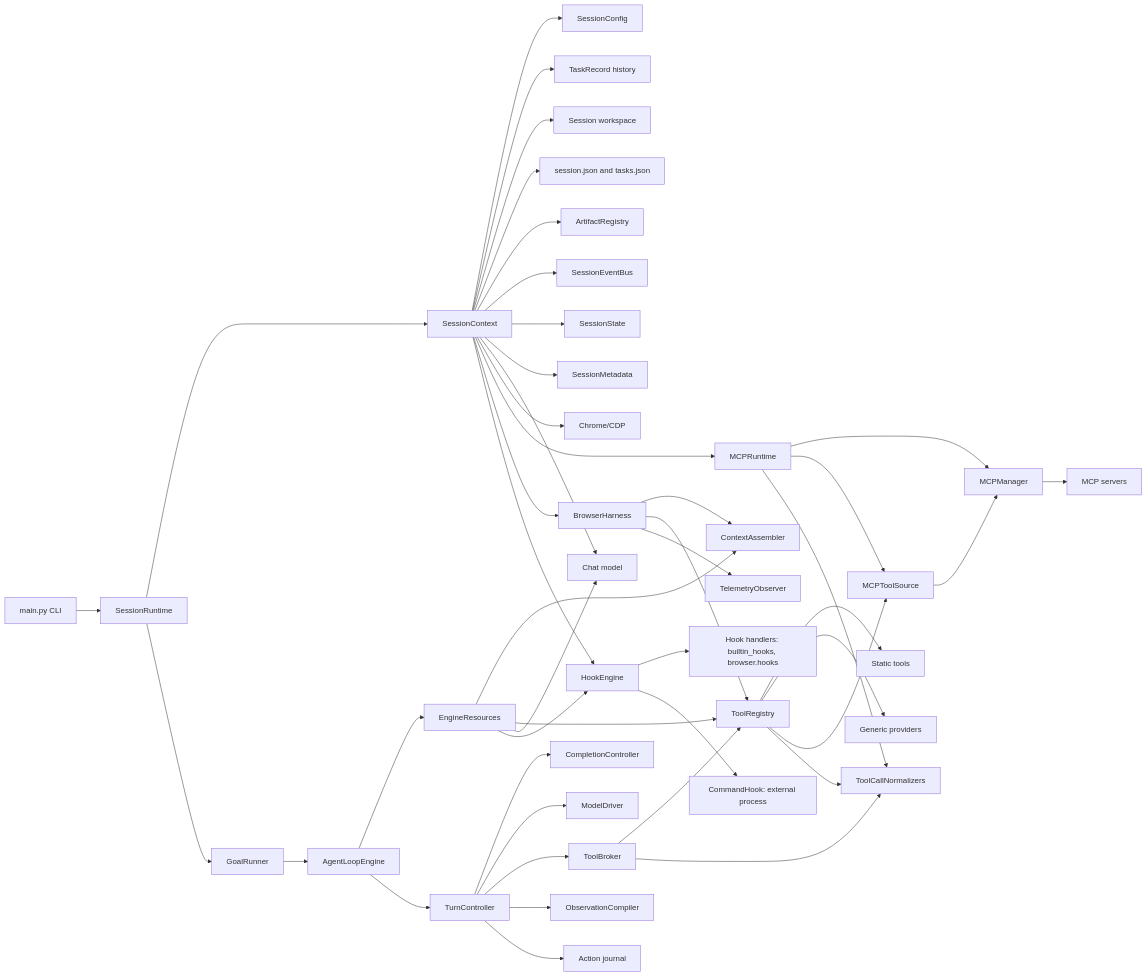
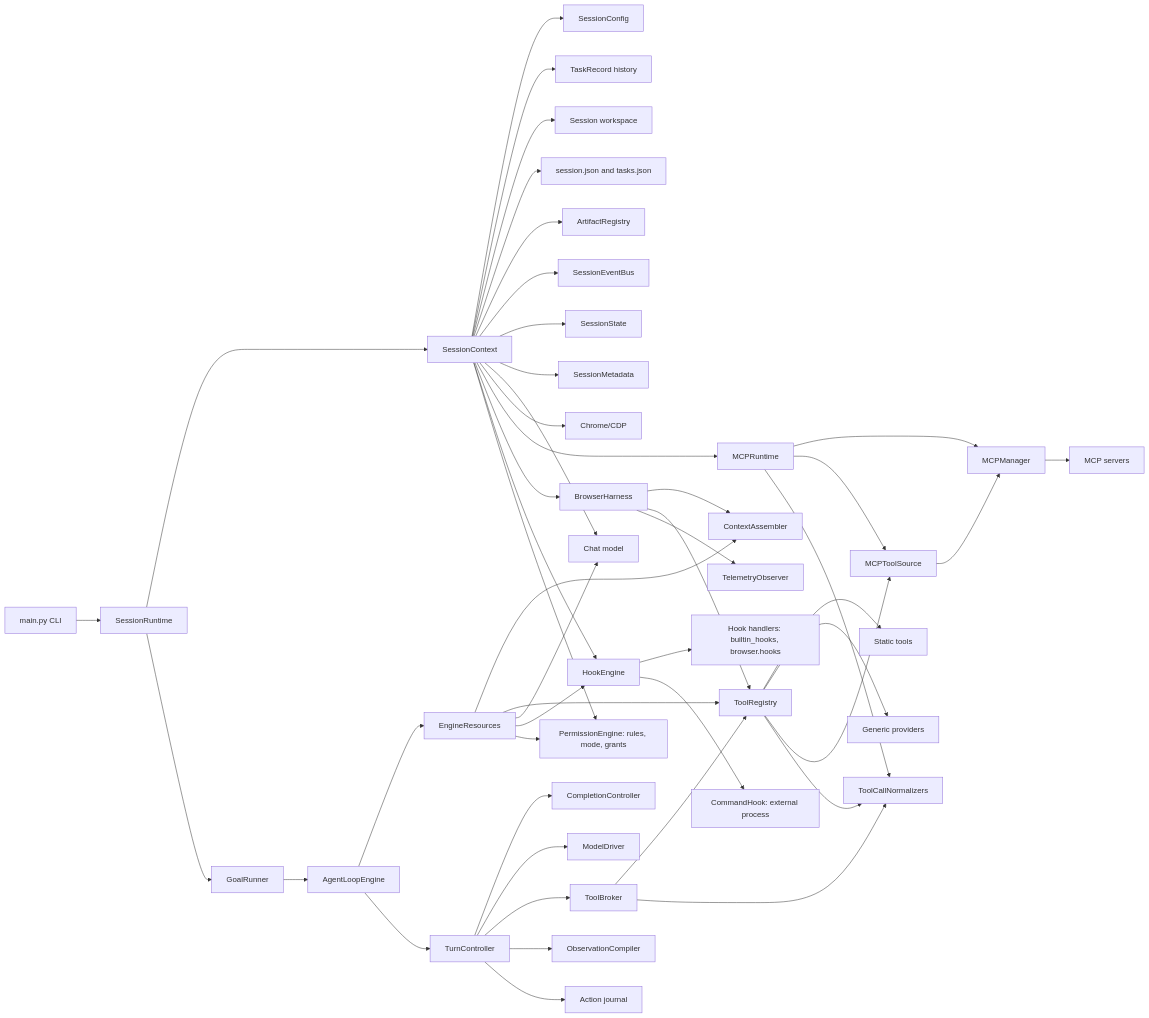
The diagram in docs/diagrams/harness-boundaries.md (Hastur456/AutoBrowser), drawn with Mermaid before and after one commit. The commit also changed other lines of this file and 23 other files, not shown here.

First line of the commit message:
feat(agent-loop): authorize tool calls with the PermissionEngine; delete policy.py

````diff
--- a/docs/diagrams/harness-boundaries.md
+++ b/docs/diagrams/harness-boundaries.md
@@ -8,47 +8,49 @@
 ```mermaid
 flowchart LR
   CLI[main.py CLI] --> Session[SessionRuntime]
   Session --> SessionCtx[SessionContext]
   SessionCtx --> Config[SessionConfig]
   SessionCtx --> Tasks[TaskRecord history]
   SessionCtx --> Workspace[Session workspace]
   SessionCtx --> SessionFiles[session.json and tasks.json]
   SessionCtx --> Artifacts[ArtifactRegistry]
   SessionCtx --> Events[SessionEventBus]
   SessionCtx --> State[SessionState]
   SessionCtx --> Metadata[SessionMetadata]
   SessionCtx --> LLM[Chat model]
   SessionCtx --> Chrome[Chrome/CDP]
   SessionCtx --> MCPRuntime[MCPRuntime]
   SessionCtx --> Harness[BrowserHarness]
   SessionCtx --> Hooks[HookEngine]
+  SessionCtx --> Permissions[PermissionEngine: rules, mode, grants]
   Hooks --> HookHandlers[Hook handlers: builtin_hooks, browser.hooks]
   Hooks --> CommandHooks[CommandHook: external process]
   MCPRuntime --> Manager[MCPManager]
   MCPRuntime --> ToolSource[MCPToolSource]
   MCPRuntime --> Normalizers[ToolCallNormalizers]
   Manager --> MCP[MCP servers]
   Session --> GoalRunner[GoalRunner]
   GoalRunner --> Engine[AgentLoopEngine]
   Harness --> ContextAssembler[ContextAssembler]
   Harness --> Tools[ToolRegistry]
   Harness --> Telemetry[TelemetryObserver]
   Engine --> Resources[EngineResources]
   Resources --> ContextAssembler
   Resources --> Tools
   Resources --> LLM
   Resources --> Hooks
+  Resources --> Permissions
   Tools --> StaticTools[Static tools]
   Tools --> Providers[Generic providers]
   Tools --> ToolSource
   Tools --> Normalizers
   ToolSource --> Manager
   Engine --> TurnController[TurnController]
   TurnController --> Completion[CompletionController]
   TurnController --> ModelDriver[ModelDriver]
   TurnController --> ToolBroker[ToolBroker]
   TurnController --> ObsCompiler[ObservationCompiler]
   ToolBroker --> Tools
   ToolBroker --> Normalizers
   TurnController --> Journal[Action journal]
 ```
````
